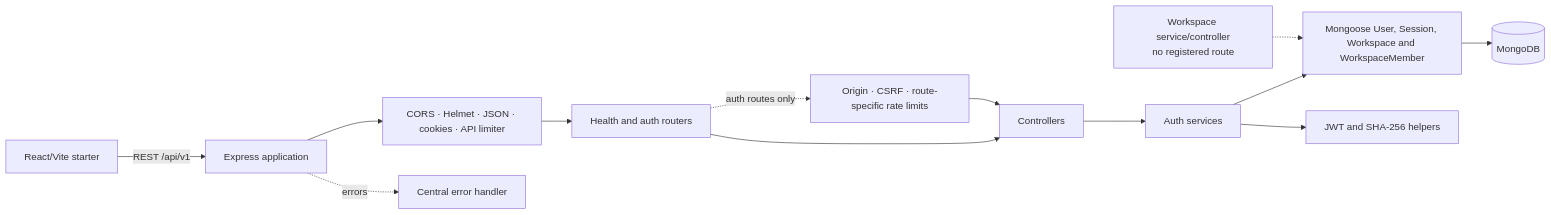
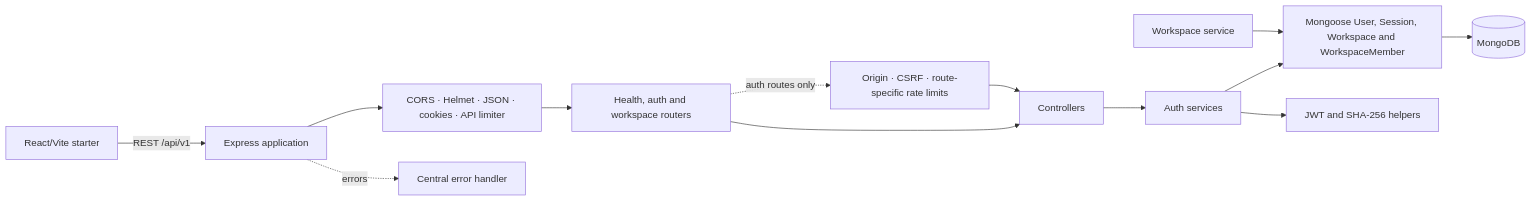
One commit to Krish-CyberSec/TeamSync changed the first of 4 diagrams in docs/05_SYSTEM_ARCHITECTURE.md. Above: the diagram before and after it, drawn with Mermaid. The commit also changed other lines of this file and 12 other files, not shown here.

````diff
--- a/docs/05_SYSTEM_ARCHITECTURE.md
+++ b/docs/05_SYSTEM_ARCHITECTURE.md
@@ -29,15 +29,15 @@
 ```mermaid
 flowchart LR
   Browser["React/Vite starter"] -->|"REST /api/v1"| App["Express application"]
   App --> MW["CORS · Helmet · JSON · cookies · API limiter"]
-  MW --> Routes["Health and auth routers"]
+  MW --> Routes["Health, auth and workspace routers"]
   Routes --> Controllers["Controllers"]
   Routes -. "auth routes only" .-> Guard["Origin · CSRF · route-specific rate limits"]
   Guard --> Controllers
   Controllers --> Services["Auth services"]
   Services --> Models["Mongoose User, Session, Workspace and WorkspaceMember"]
   Services --> Tokens["JWT and SHA-256 helpers"]
   Models --> DB[("MongoDB")]
-  WorkspaceCode["Workspace service/controller<br/>no registered route"] -.-> Models
+  WorkspaceService["Workspace service"] --> Models
   App -. errors .-> Error["Central error handler"]
 ```
````
